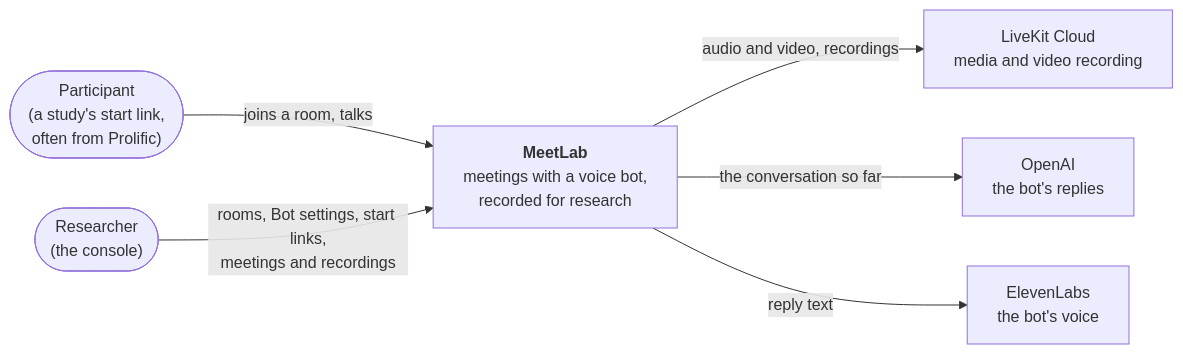
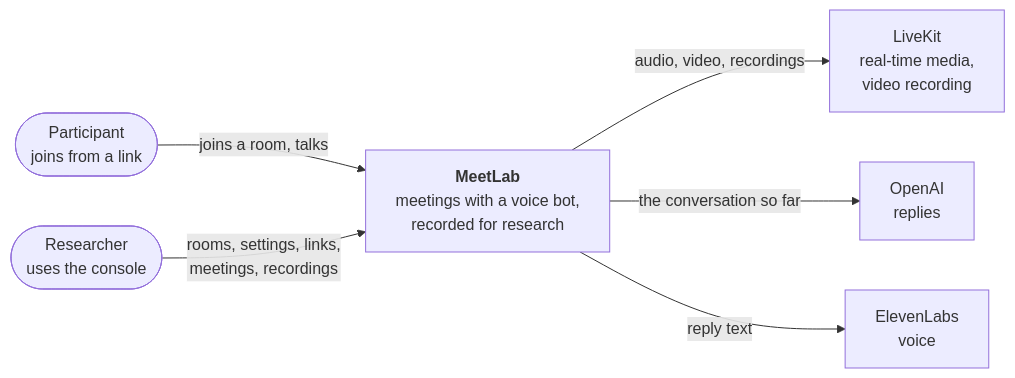
Before and after one commit to wwbp/MeetLab: the first of 3 diagrams in README.md, drawn with Mermaid. The commit also changed other lines of this file and 1 other file, not shown here.

First line of the commit message:
docs: README for outside contributors (C4, sequence diagram, design decisions); operations moved to deployment.md

````diff
--- a/README.md
+++ b/README.md
@@ -25,14 +51,14 @@
 ```mermaid
 flowchart LR
-  participant(["Participant<br/>(a study's start link,<br/>often from Prolific)"])
-  researcher(["Researcher<br/>(the console)"])
+  participant(["Participant<br/>joins from a link"])
+  researcher(["Researcher<br/>uses the console"])
   meetlab["<b>MeetLab</b><br/>meetings with a voice bot,<br/>recorded for research"]
-  livekit["LiveKit Cloud<br/>media and video recording"]
-  openai["OpenAI<br/>the bot's replies"]
-  eleven["ElevenLabs<br/>the bot's voice"]
+  livekit["LiveKit<br/>real-time media,<br/>video recording"]
+  llm["OpenAI<br/>replies"]
+  tts["ElevenLabs<br/>voice"]
   participant -- "joins a room, talks" --> meetlab
-  researcher -- "rooms, Bot settings, start links,<br/>meetings and recordings" --> meetlab
-  meetlab -- "audio and video, recordings" --> livekit
-  meetlab -- "the conversation so far" --> openai
-  meetlab -- "reply text" --> eleven
+  researcher -- "rooms, settings, links,<br/>meetings, recordings" --> meetlab
+  meetlab -- "audio, video, recordings" --> livekit
+  meetlab -- "the conversation so far" --> llm
+  meetlab -- "reply text" --> tts
 ```
````
